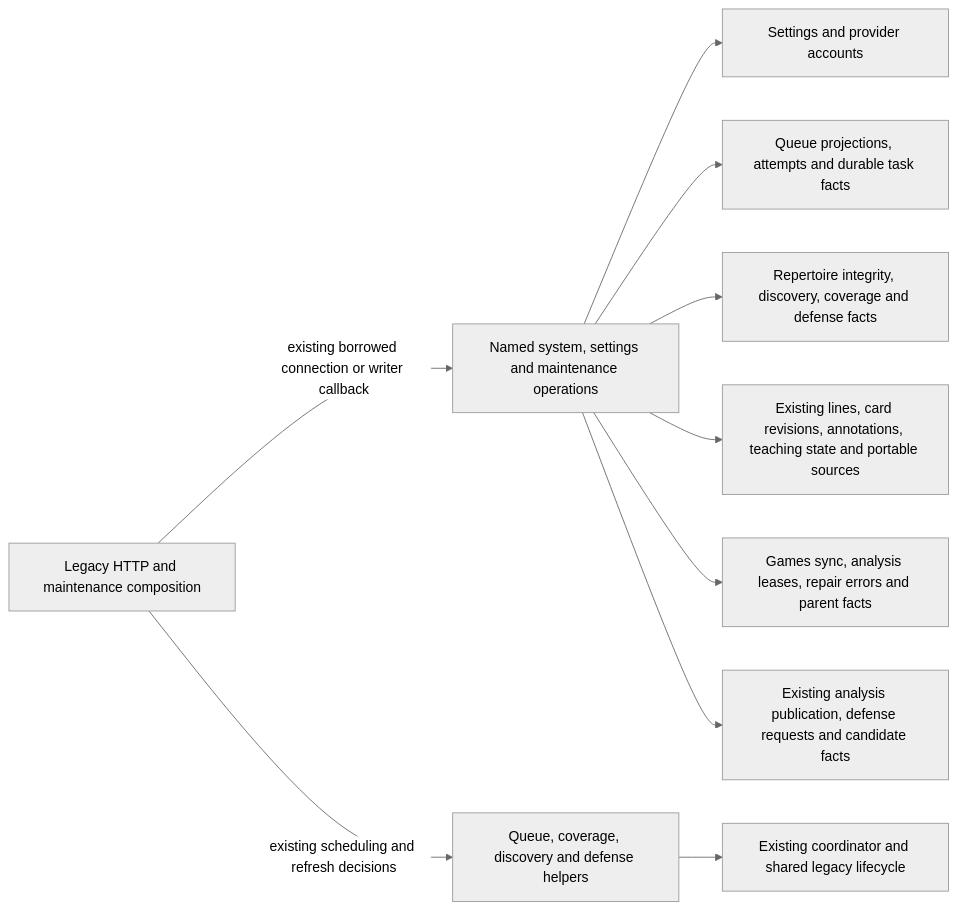
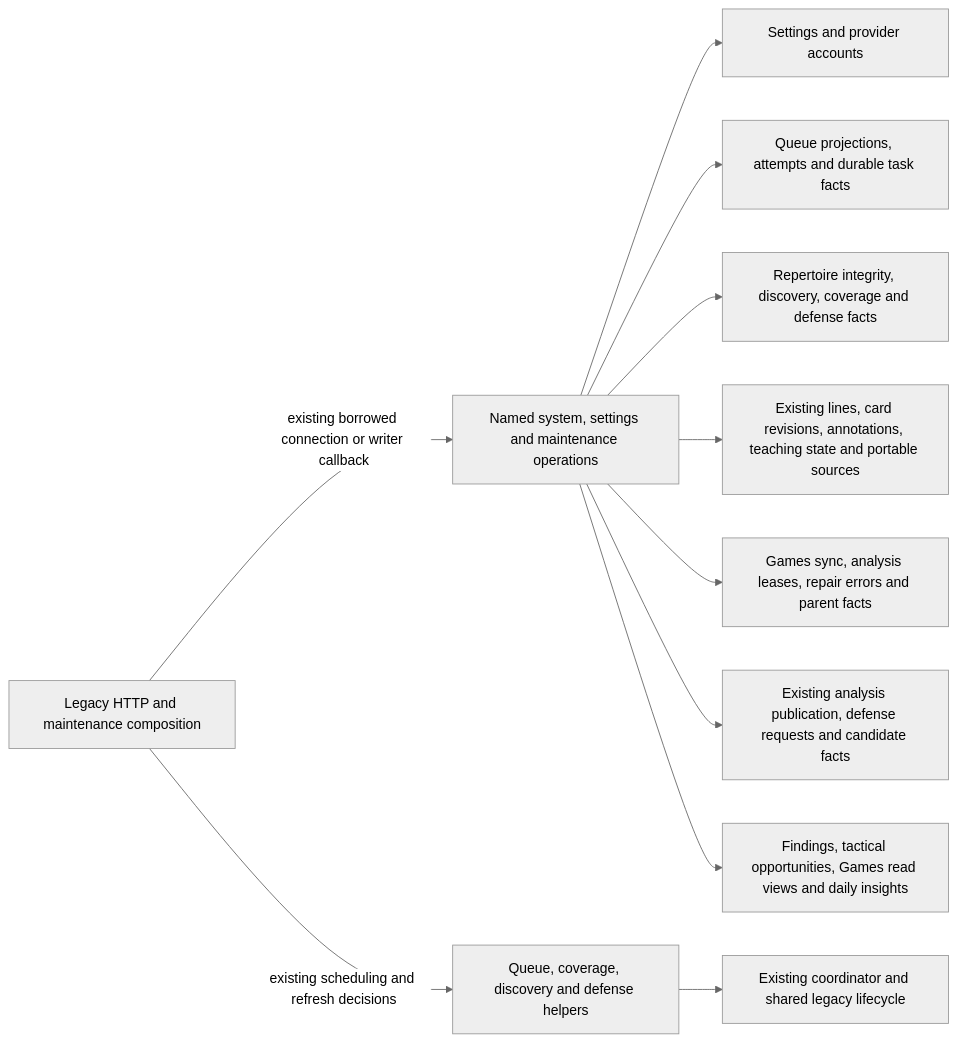
Before and after one commit to aaweaver-actuary/tempo: the diagram in database/tempo_legacy_database/adapters/http_composition/README.md, drawn with Mermaid (neutral theme). The commit also changed other lines of this file and 7 other files, not shown here.

````diff
--- a/database/tempo_legacy_database/adapters/http_composition/README.md
+++ b/database/tempo_legacy_database/adapters/http_composition/README.md
@@ -22,12 +23,13 @@
 ```mermaid
 flowchart LR
   http[Legacy HTTP and maintenance composition] -->|existing borrowed connection or writer callback| store[Named system, settings and maintenance operations]
   http -->|existing scheduling and refresh decisions| jobs[Queue, coverage, discovery and defense helpers]
   store --> settings[Settings and provider accounts]
   store --> queue[Queue projections, attempts and durable task facts]
   store --> source[Repertoire integrity, discovery, coverage and defense facts]
   store --> authoring[Existing lines, card revisions, annotations, teaching state and portable sources]
   store --> games[Games sync, analysis leases, repair errors and parent facts]
   store --> publication[Existing analysis publication, defense requests and candidate facts]
+  store --> projections[Findings, tactical opportunities, Games read views and daily insights]
   jobs --> lifecycle[Existing coordinator and shared legacy lifecycle]
 ```
````
